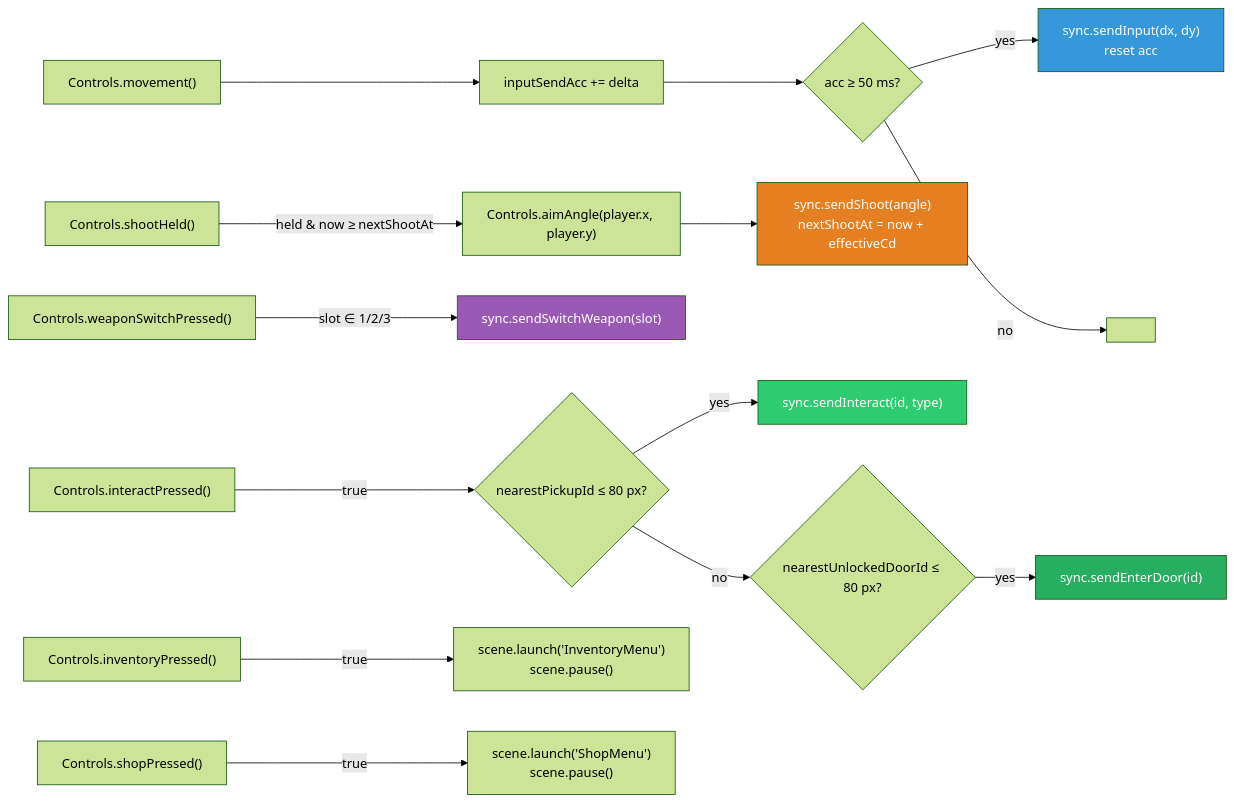
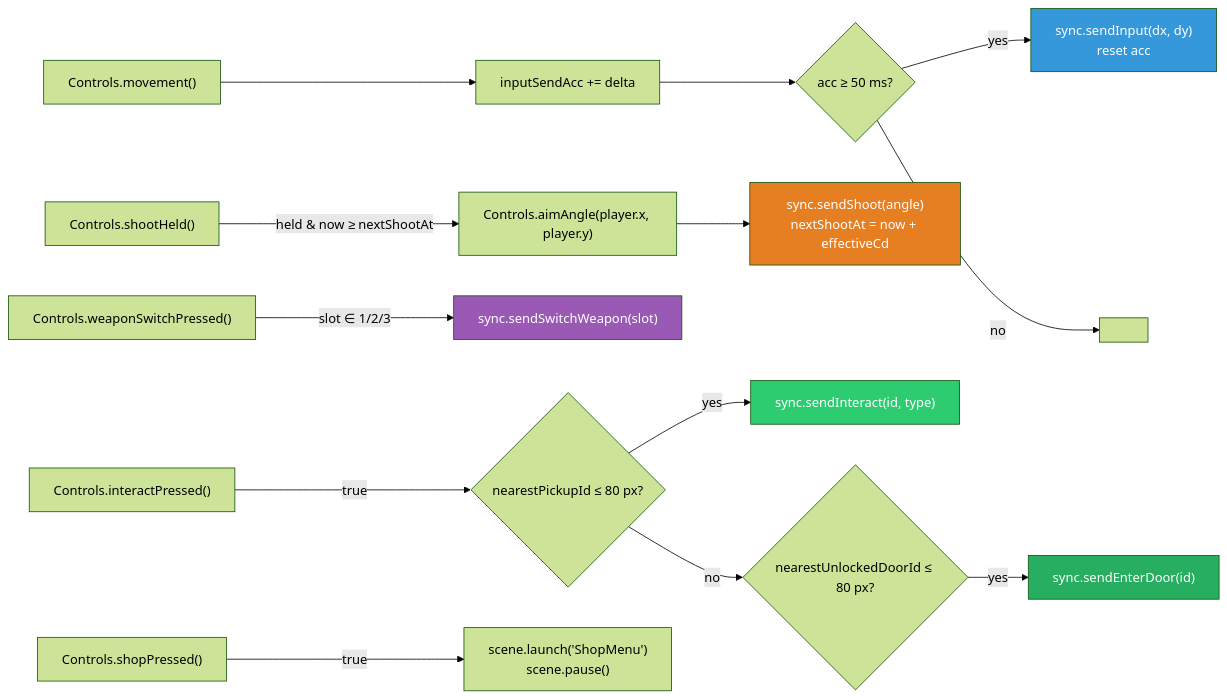
Before and after one commit to NUSGreyhats/dcsg-vibecat-404: the diagram in docs/specs/client/07-input-controls.md, drawn with Mermaid (forest theme). The commit also changed other lines of this file and 36 other files, not shown here.

````diff
--- a/docs/specs/client/07-input-controls.md
+++ b/docs/specs/client/07-input-controls.md
@@ -88,26 +85,25 @@
 ```mermaid
 graph LR
     MV["Controls.movement()"] --> ACC["inputSendAcc += delta"]
     ACC --> GATE{"acc ≥ 50 ms?"}
     GATE -->|yes| SEND_I["sync.sendInput(dx, dy)<br/>reset acc"]
     GATE -->|no| SKIP[" "]
 
     SH["Controls.shootHeld()"] -->|held & now ≥ nextShootAt| AIM["Controls.aimAngle(player.x, player.y)"]
     AIM --> SEND_S["sync.sendShoot(angle)<br/>nextShootAt = now + effectiveCd"]
 
     SW["Controls.weaponSwitchPressed()"] -->|slot ∈ 1/2/3| SEND_W["sync.sendSwitchWeapon(slot)"]
 
     IT["Controls.interactPressed()"] -->|true| NEAR_P{"nearestPickupId ≤ 80 px?"}
     NEAR_P -->|yes| SEND_IT["sync.sendInteract(id, type)"]
     NEAR_P -->|no| NEAR_D{"nearestUnlockedDoorId ≤ 80 px?"}
     NEAR_D -->|yes| SEND_D["sync.sendEnterDoor(id)"]
 
-    INV["Controls.inventoryPressed()"] -->|true| OPEN["scene.launch('InventoryMenu')<br/>scene.pause()"]
     SHP["Controls.shopPressed()"] -->|true| OPEN_SHOP["scene.launch('ShopMenu')<br/>scene.pause()"]
 
     style SEND_I fill:#3498db,color:#fff
     style SEND_S fill:#e67e22,color:#fff
     style SEND_W fill:#9b59b6,color:#fff
     style SEND_IT fill:#2ecc71,color:#fff
     style SEND_D fill:#27ae60,color:#fff
 ```
````
